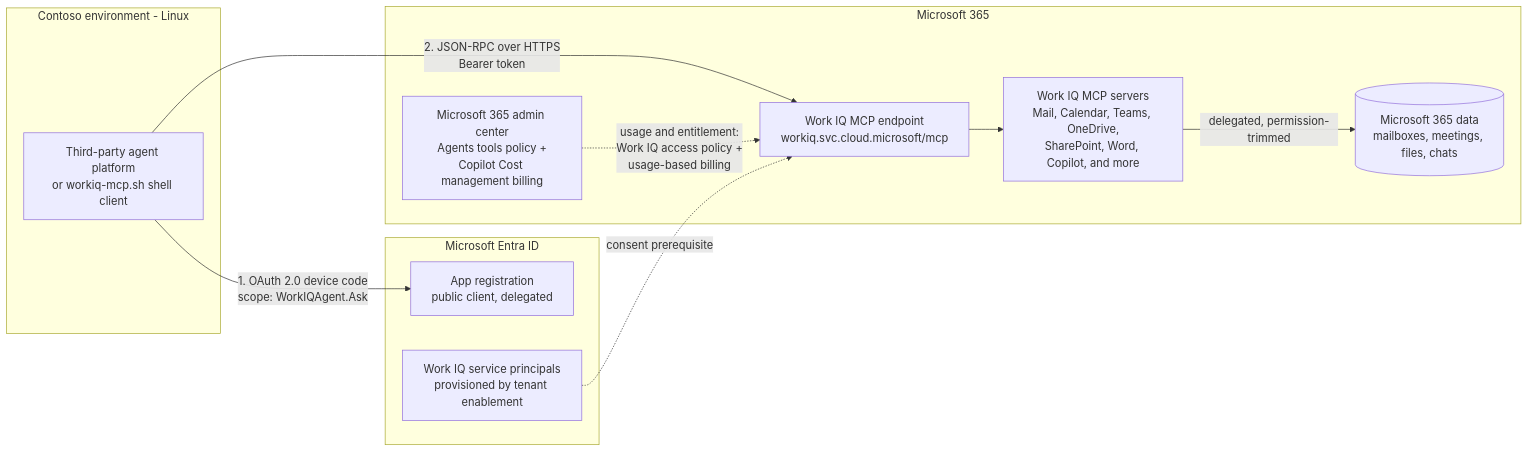
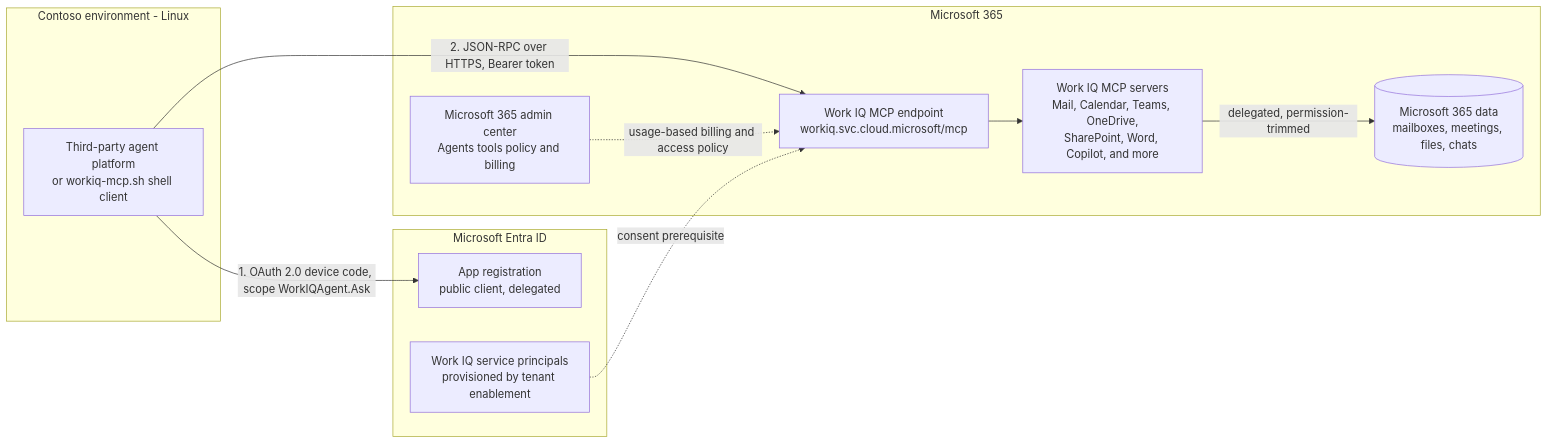
The diagram in README.md (renatocamara/workiq-mcp-third-party-runbook), drawn with Mermaid before and after one commit.

Commit message:
Simplify Mermaid edge labels for GitHub renderer compatibility

````diff
--- a/README.md
+++ b/README.md
@@ -40,25 +40,25 @@
 ```mermaid
 flowchart LR
     subgraph contoso ["Contoso environment - Linux"]
         A["Third-party agent platform<br/>or workiq-mcp.sh shell client"]
     end
 
     subgraph entra ["Microsoft Entra ID"]
         B["App registration<br/>public client, delegated"]
         C["Work IQ service principals<br/>provisioned by tenant enablement"]
     end
 
     subgraph m365 ["Microsoft 365"]
         D["Work IQ MCP endpoint<br/>workiq.svc.cloud.microsoft/mcp"]
         E["Work IQ MCP servers<br/>Mail, Calendar, Teams, OneDrive,<br/>SharePoint, Word, Copilot, and more"]
         F[("Microsoft 365 data<br/>mailboxes, meetings, files, chats")]
-        G["Microsoft 365 admin center<br/>Agents tools policy +<br/>Copilot Cost management billing"]
+        G["Microsoft 365 admin center<br/>Agents tools policy and billing"]
     end
 
-    A -- "1. OAuth 2.0 device code<br/>scope: WorkIQAgent.Ask" --> B
-    A -- "2. JSON-RPC over HTTPS<br/>Bearer token" --> D
+    A -->|"1. OAuth 2.0 device code, scope WorkIQAgent.Ask"| B
+    A -->|"2. JSON-RPC over HTTPS, Bearer token"| D
     D --> E
-    E -- "delegated, permission-trimmed" --> F
-    G -. "usage and entitlement:<br/>Work IQ access policy +<br/>usage-based billing" .-> D
-    C -. "consent prerequisite" .-> D
+    E -->|"delegated, permission-trimmed"| F
+    G -.->|"usage-based billing and access policy"| D
+    C -.->|"consent prerequisite"| D
 ```
````
